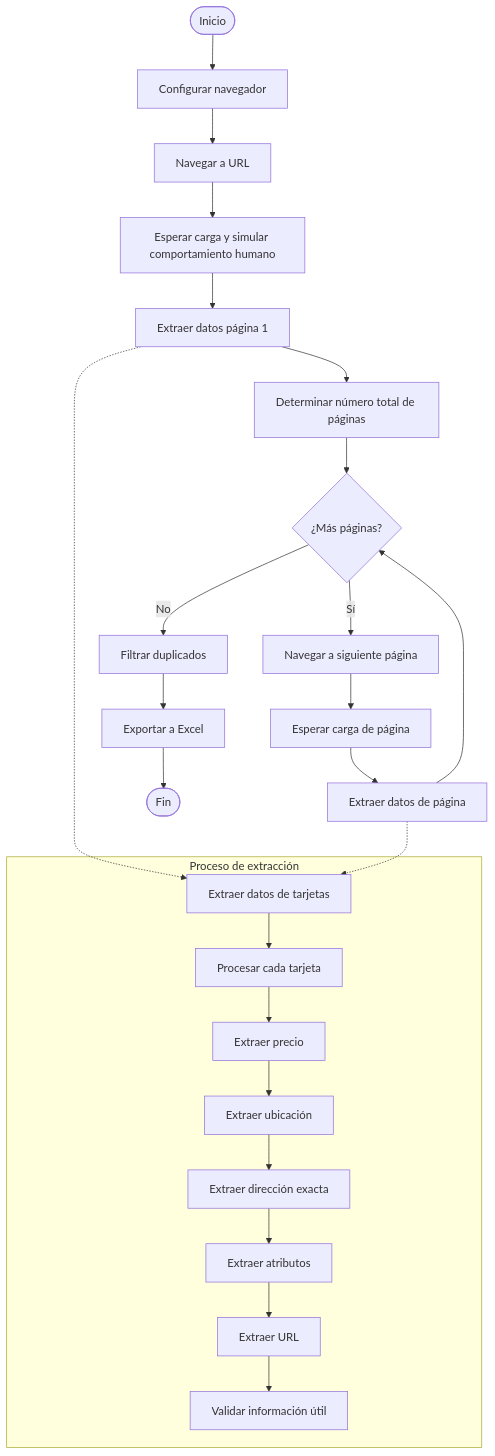
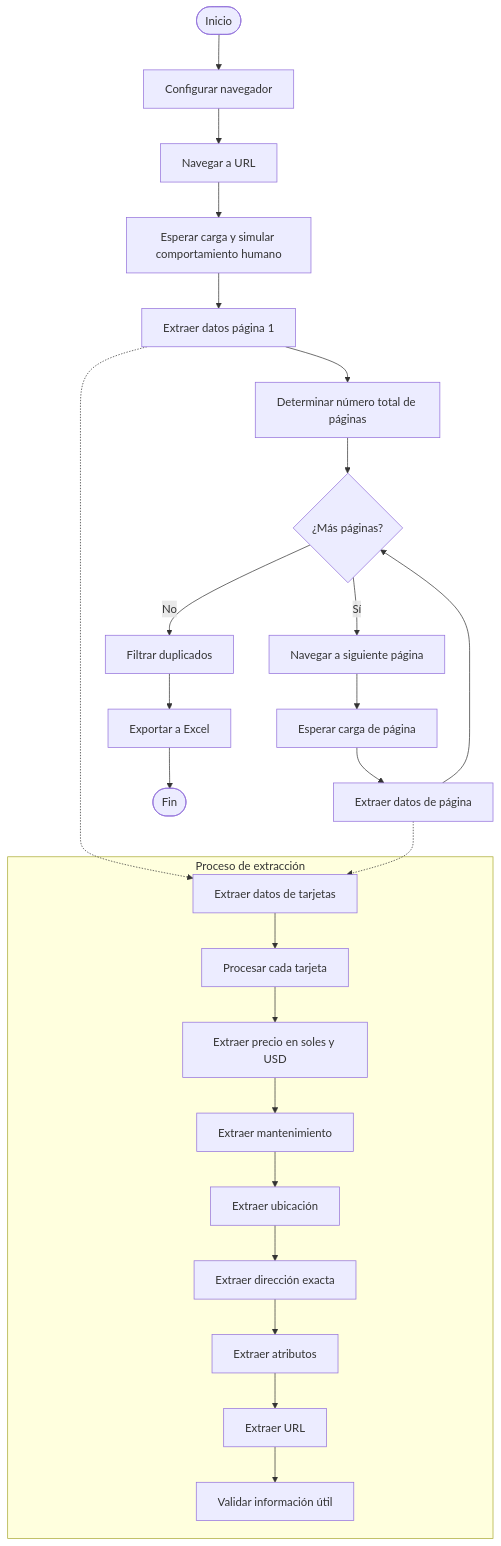
The second of 10 diagrams in P-SCRAPER-URBANIA.md (JuanJLH/documentaciones), drawn with Mermaid before and after one commit. The commit also changed other lines of this file, not shown here.

````diff
--- a/P-SCRAPER-URBANIA.md
+++ b/P-SCRAPER-URBANIA.md
@@ -33,32 +71,33 @@
 ```mermaid
 flowchart TD
     start([Inicio]) --> configure[Configurar navegador]
     configure --> navigate[Navegar a URL]
     navigate --> wait[Esperar carga y simular comportamiento humano]
     wait --> extract_page1[Extraer datos página 1]
     
     extract_page1 --> count_pages[Determinar número total de páginas]
     count_pages --> more_pages{¿Más páginas?}
     
     more_pages -->|Sí| next_page[Navegar a siguiente página]
     next_page --> wait_page[Esperar carga de página]
     wait_page --> extract_page[Extraer datos de página]
     extract_page --> more_pages
     
     more_pages -->|No| filter[Filtrar duplicados]
     filter --> export[Exportar a Excel]
     export --> fin([Fin])
     
     subgraph "Proceso de extracción"
         extract[Extraer datos de tarjetas] --> process_cards[Procesar cada tarjeta]
-        process_cards --> extract_price[Extraer precio]
-        extract_price --> extract_location[Extraer ubicación]
+        process_cards --> extract_price[Extraer precio en soles y USD]
+        extract_price --> extract_maintenance[Extraer mantenimiento]
+        extract_maintenance --> extract_location[Extraer ubicación]
         extract_location --> extract_address[Extraer dirección exacta]
         extract_address --> extract_attrs[Extraer atributos]
         extract_attrs --> extract_url[Extraer URL]
         extract_url --> validate[Validar información útil]
     end
     
     extract_page1 -.-> extract
     extract_page -.-> extract
 ```
````
